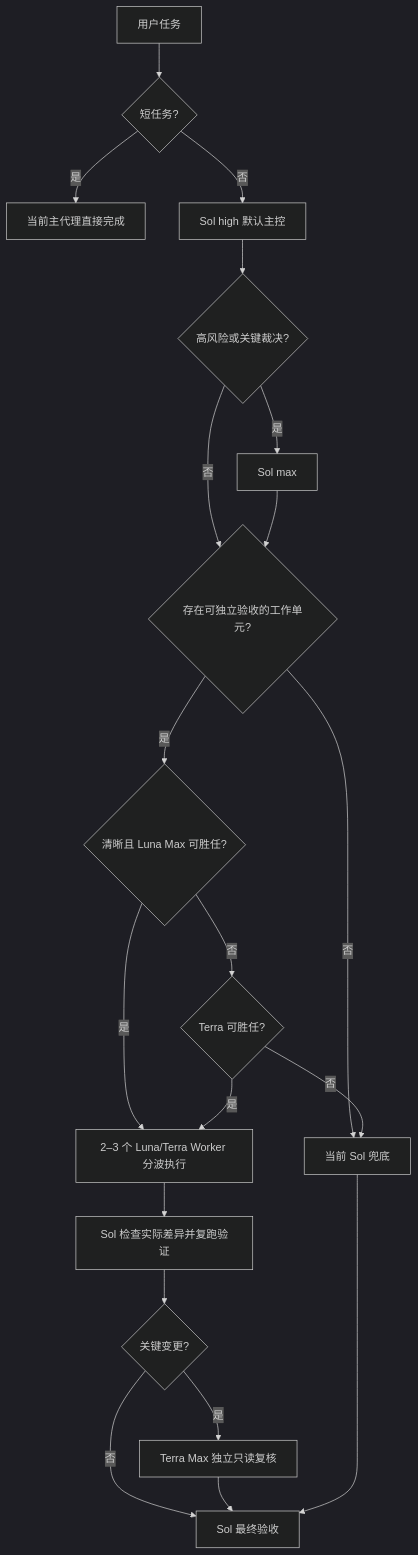
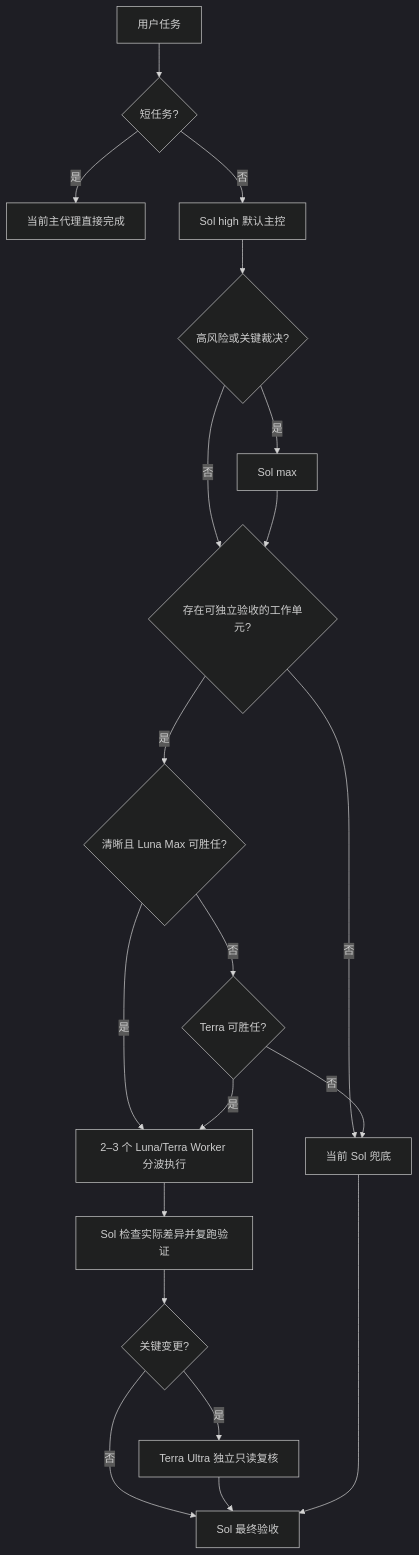
One commit to 9holy/codex-quality-orchestrator changed the diagram in docs/OPERATING_GUIDE.md. Above: the diagram before and after it, drawn with Mermaid (dark theme). The commit also changed other lines of this file and 9 other files, not shown here.

Commit message:
feat: add Terra ultra routing tier

````diff
--- a/docs/OPERATING_GUIDE.md
+++ b/docs/OPERATING_GUIDE.md
@@ -21,22 +21,22 @@
 ```mermaid
 flowchart TD
     A[用户任务] --> B{短任务?}
     B -->|是| C[当前主代理直接完成]
     B -->|否| D[Sol high 默认主控]
     D --> E{高风险或关键裁决?}
     E -->|是| F[Sol max]
     E -->|否| I{存在可独立验收的工作单元?}
     F --> I
     I -->|否| H[当前 Sol 兜底]
     I -->|是| G{清晰且 Luna Max 可胜任?}
     G -->|是| J[2–3 个 Luna/Terra Worker 分波执行]
     G -->|否| O{Terra 可胜任?}
     O -->|是| J
     O -->|否| H
     J --> K[Sol 检查实际差异并复跑验证]
     K --> L{关键变更?}
-    L -->|是| M[Terra Max 独立只读复核]
+    L -->|是| M[Terra Ultra 独立只读复核]
     L -->|否| N[Sol 最终验收]
     M --> N
     H --> N
 ```
````
